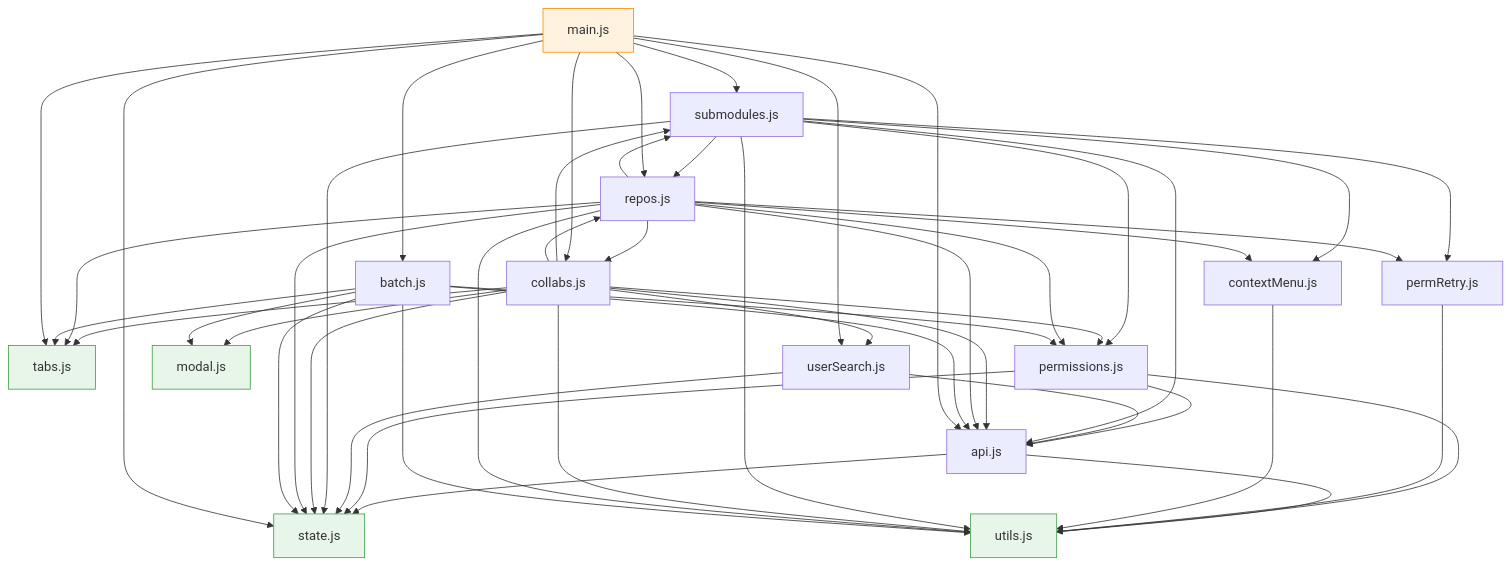
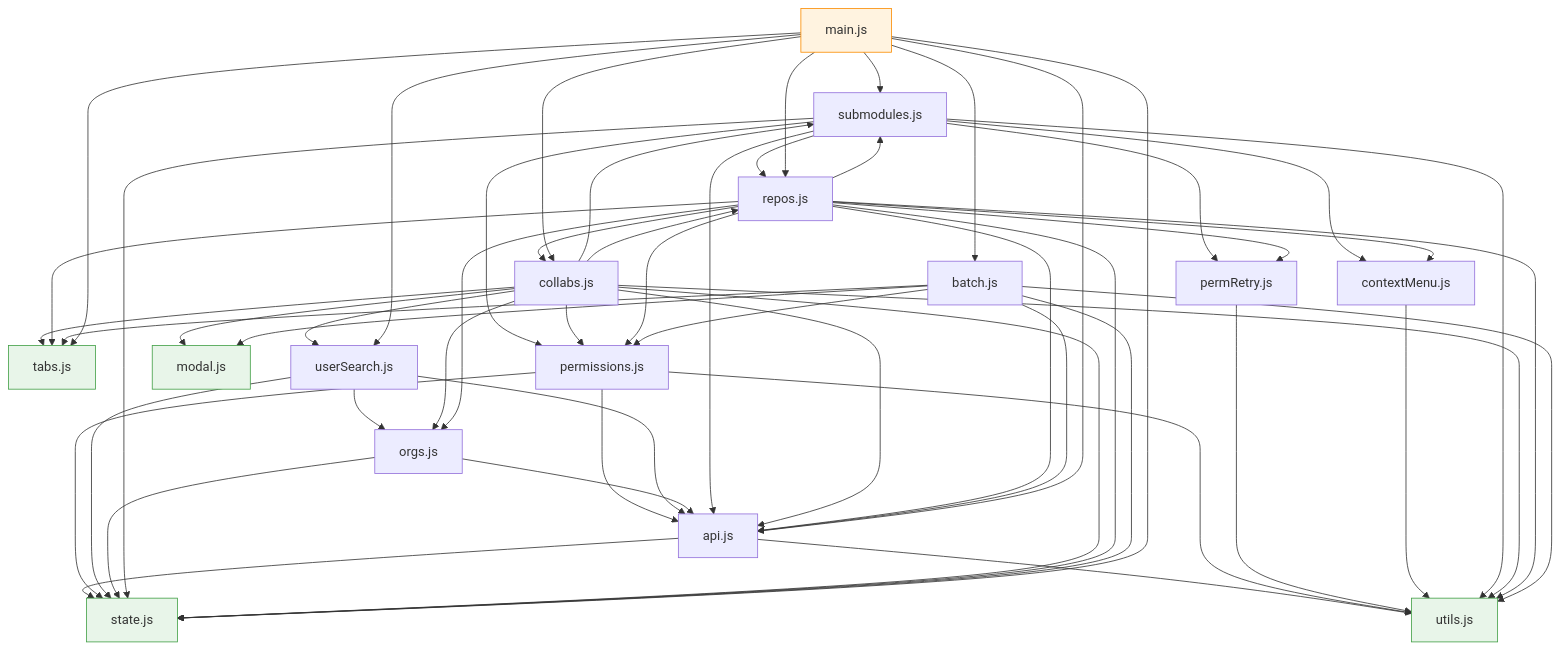
The diagram in STRUCTURE.md (Keye3Tuido/gitee-repo-permission), drawn with Mermaid before and after one commit. The commit also changed other lines of this file and 6 other files, not shown here.

```diff
--- a/STRUCTURE.md
+++ b/STRUCTURE.md
@@ -39,6 +40,7 @@
     permRetry[permRetry.js]
     modal[modal.js]
     userSearch[userSearch.js]
+    orgs[orgs.js]
     submodules[submodules.js]
     collabs[collabs.js]
     repos[repos.js]
@@ -58,6 +60,10 @@
 
     userSearch --> state
     userSearch --> api
+    userSearch --> orgs
+
+    orgs --> state
+    orgs --> api
 
     submodules --> state
     submodules --> api
@@ -74,6 +80,7 @@
     collabs --> modal
     collabs --> tabs
     collabs --> userSearch
+    collabs --> orgs
     collabs --> submodules
     collabs --> repos
 
@@ -86,6 +93,7 @@
     repos --> submodules
     repos --> contextMenu
     repos --> permRetry
+    repos --> orgs
 
     batch --> state
     batch --> api
```
